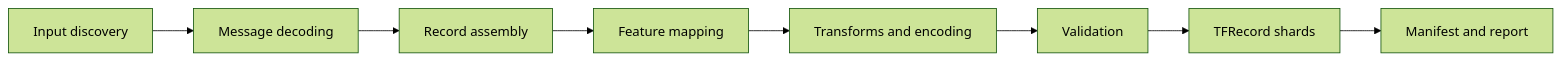
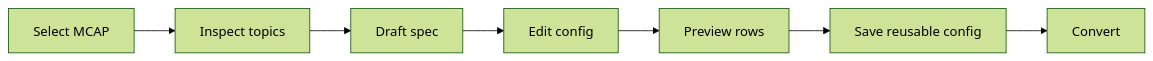
Before and after one commit to hephaes-ai/hephaes: the diagram in hephaes/design/converter-design.md, drawn with Mermaid (forest theme). The commit also changed other lines of this file and 18 other files, not shown here.

````diff
--- a/hephaes/design/converter-design.md
+++ b/hephaes/design/converter-design.md
@@ -48,10 +26,9 @@
 ```mermaid
 flowchart LR
-  A["Input discovery"] --> B["Message decoding"]
-  B --> C["Record assembly"]
-  C --> D["Feature mapping"]
-  D --> E["Transforms and encoding"]
-  E --> F["Validation"]
-  F --> G["TFRecord shards"]
-  G --> H["Manifest and report"]
+  A["Select MCAP"] --> B["Inspect topics"]
+  B --> C["Draft spec"]
+  C --> D["Edit config"]
+  D --> E["Preview rows"]
+  E --> F["Save reusable config"]
+  F --> G["Convert"]
 ```
````
